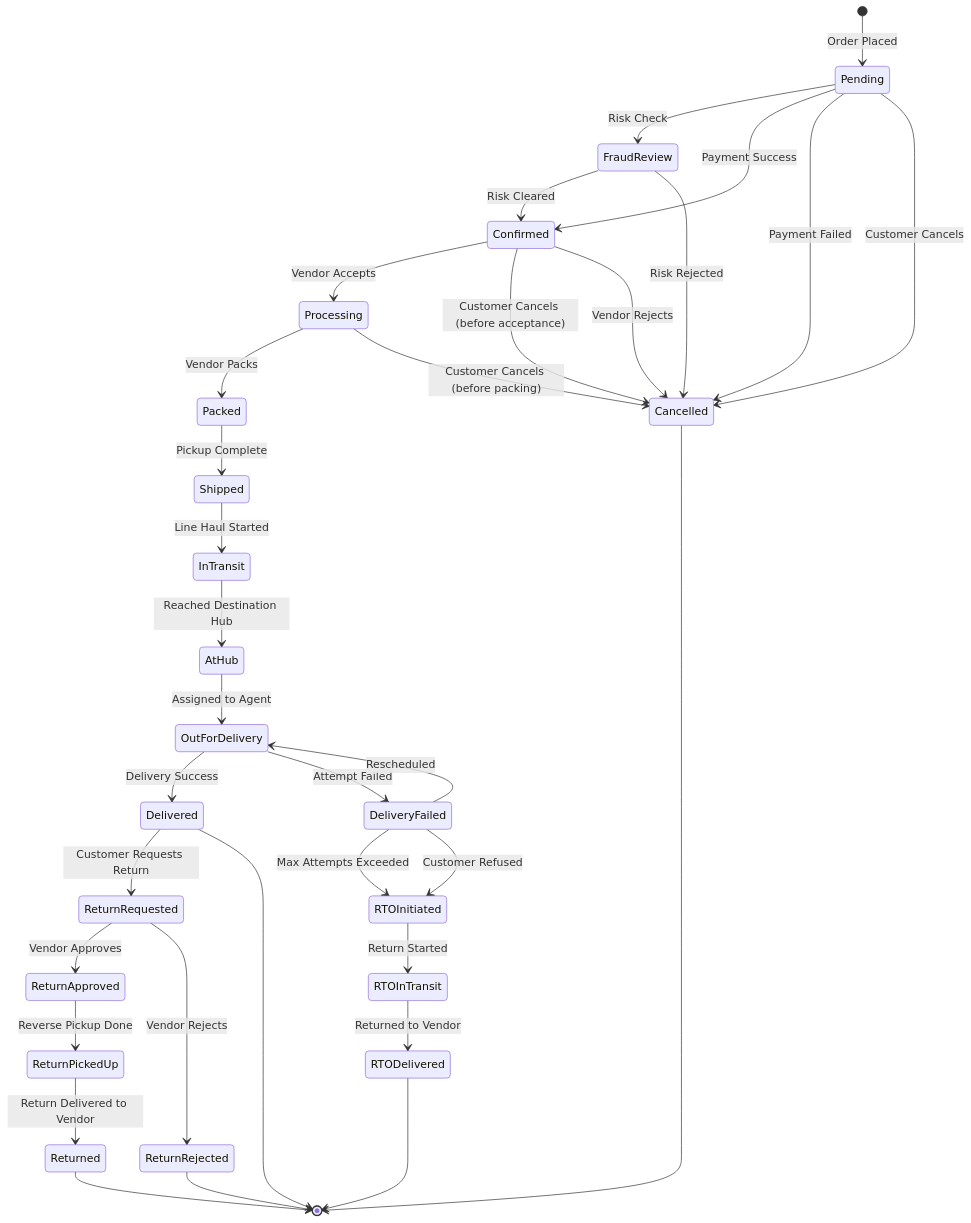
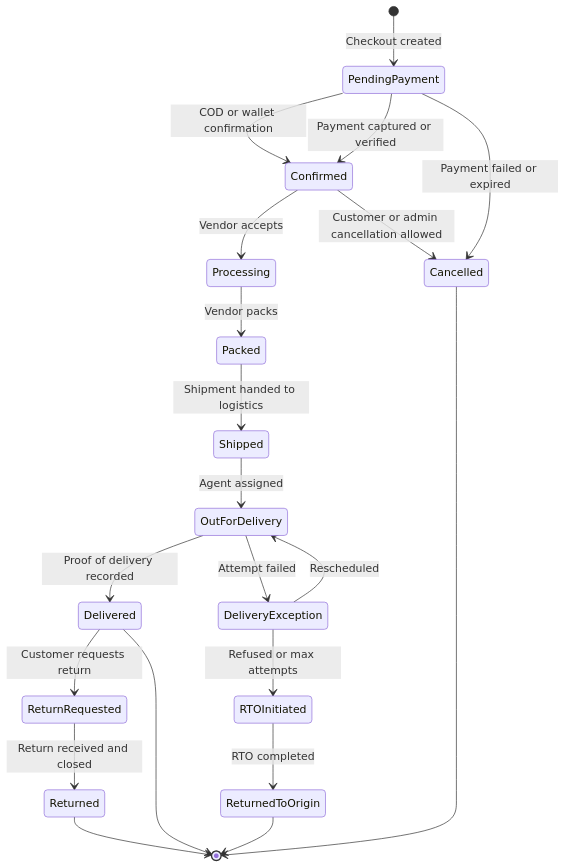
The first of 7 diagrams in E-Commerce/detailed-design/state-machine-diagrams.md (0Ankit0/Project-Ideas), drawn with Mermaid before and after one commit. The commit also changed other lines of this file and 64 other files, not shown here.

````diff
--- a/E-Commerce/detailed-design/state-machine-diagrams.md
+++ b/E-Commerce/detailed-design/state-machine-diagrams.md
@@ -10,48 +10,29 @@
 ```mermaid
 stateDiagram-v2
-    [*] --> Pending: Order Placed
-    
-    Pending --> FraudReview: Risk Check
-    FraudReview --> Confirmed: Risk Cleared
-    FraudReview --> Cancelled: Risk Rejected
-    Pending --> Confirmed: Payment Success
-    Pending --> Cancelled: Payment Failed
-    Pending --> Cancelled: Customer Cancels
-    
-    Confirmed --> Processing: Vendor Accepts
-    Confirmed --> Cancelled: Customer Cancels (before acceptance)
-    Confirmed --> Cancelled: Vendor Rejects
-    
-    Processing --> Packed: Vendor Packs
-    Processing --> Cancelled: Customer Cancels (before packing)
-    
-    Packed --> Shipped: Pickup Complete
-    
-    Shipped --> InTransit: Line Haul Started
-    
-    InTransit --> AtHub: Reached Destination Hub
-    
-    AtHub --> OutForDelivery: Assigned to Agent
-    
-    OutForDelivery --> Delivered: Delivery Success
-    OutForDelivery --> DeliveryFailed: Attempt Failed
-    
-    DeliveryFailed --> OutForDelivery: Rescheduled
-    DeliveryFailed --> RTOInitiated: Max Attempts Exceeded
-    DeliveryFailed --> RTOInitiated: Customer Refused
-    
-    RTOInitiated --> RTOInTransit: Return Started
-    RTOInTransit --> RTODelivered: Returned to Vendor
-    
-    Delivered --> ReturnRequested: Customer Requests Return
-    ReturnRequested --> ReturnApproved: Vendor Approves
-    ReturnRequested --> ReturnRejected: Vendor Rejects
-    ReturnApproved --> ReturnPickedUp: Reverse Pickup Done
-    ReturnPickedUp --> Returned: Return Delivered to Vendor
-    
+    [*] --> PendingPayment: Checkout created
+
+    PendingPayment --> Confirmed: COD or wallet confirmation
+    PendingPayment --> Confirmed: Payment captured or verified
+    PendingPayment --> Cancelled: Payment failed or expired
+
+    Confirmed --> Processing: Vendor accepts
+    Confirmed --> Cancelled: Customer or admin cancellation allowed
+
+    Processing --> Packed: Vendor packs
+    Packed --> Shipped: Shipment handed to logistics
+    Shipped --> OutForDelivery: Agent assigned
+    OutForDelivery --> Delivered: Proof of delivery recorded
+
+    OutForDelivery --> DeliveryException: Attempt failed
+    DeliveryException --> OutForDelivery: Rescheduled
+    DeliveryException --> RTOInitiated: Refused or max attempts
+    RTOInitiated --> ReturnedToOrigin: RTO completed
+
+    Delivered --> ReturnRequested: Customer requests return
+    ReturnRequested --> Returned: Return received and closed
+
     Cancelled --> [*]
     Delivered --> [*]
-    RTODelivered --> [*]
+    ReturnedToOrigin --> [*]
     Returned --> [*]
-    ReturnRejected --> [*]
 ```
````
